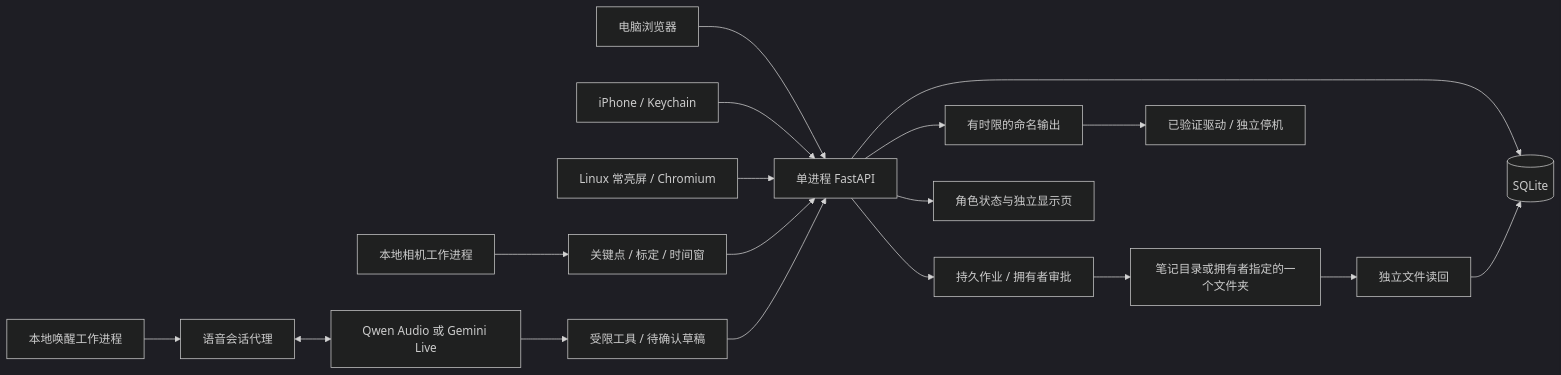
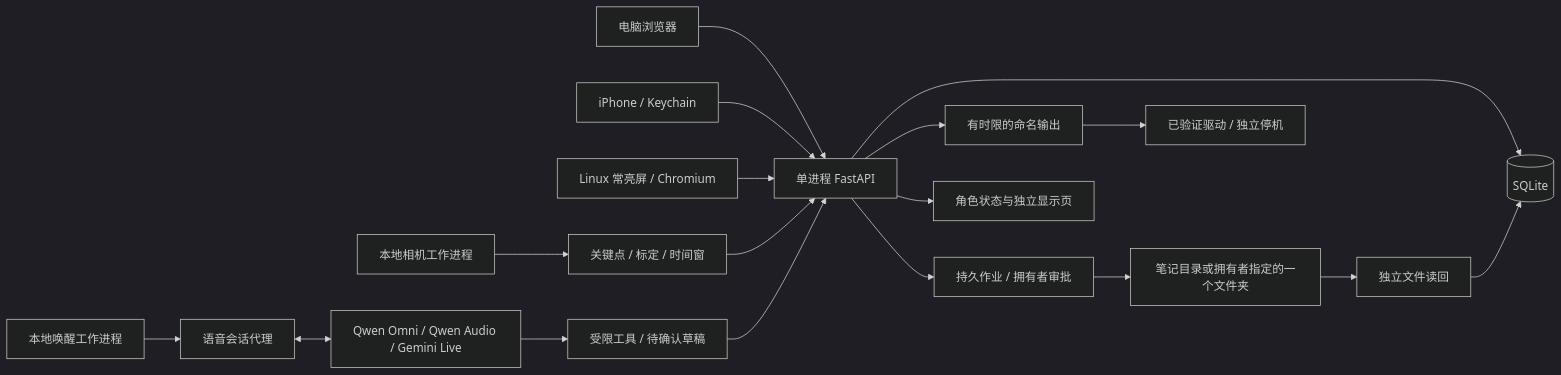
The diagram in desk-companion/docs/architecture.md (tantalum666/FYP), drawn with Mermaid (dark theme) before and after one commit. The commit also changed other lines of this file and 59 other files, not shown here.

Commit message:
feat: integrate Qwen Omni voice and explicit vision sharing

````diff
--- a/desk-companion/docs/architecture.md
+++ b/desk-companion/docs/architecture.md
@@ -7,20 +7,20 @@
 ```mermaid
 flowchart LR
   Web[电脑浏览器] --> API[单进程 FastAPI]
   Phone[iPhone / Keychain] --> API
   Screen[Linux 常亮屏 / Chromium] --> API
   API --> DB[(SQLite)]
   Camera[本地相机工作进程] --> Pose[关键点 / 标定 / 时间窗]
   Pose --> API
   Wake[本地唤醒工作进程] --> Voice[语音会话代理]
-  Voice <--> Provider[Qwen Audio 或 Gemini Live]
+  Voice <--> Provider[Qwen Omni / Qwen Audio / Gemini Live]
   Provider --> Tools[受限工具 / 待确认草稿]
   Tools --> API
   API --> Jobs[持久作业 / 拥有者审批]
   Jobs --> Executor[笔记目录或拥有者指定的一个文件夹]
   Executor --> Verify[独立文件读回]
   Verify --> DB
   API --> Queue[有时限的命名输出]
   Queue --> Driver[已验证驱动 / 独立停机]
   API --> Avatar[角色状态与独立显示页]
 ```
````
